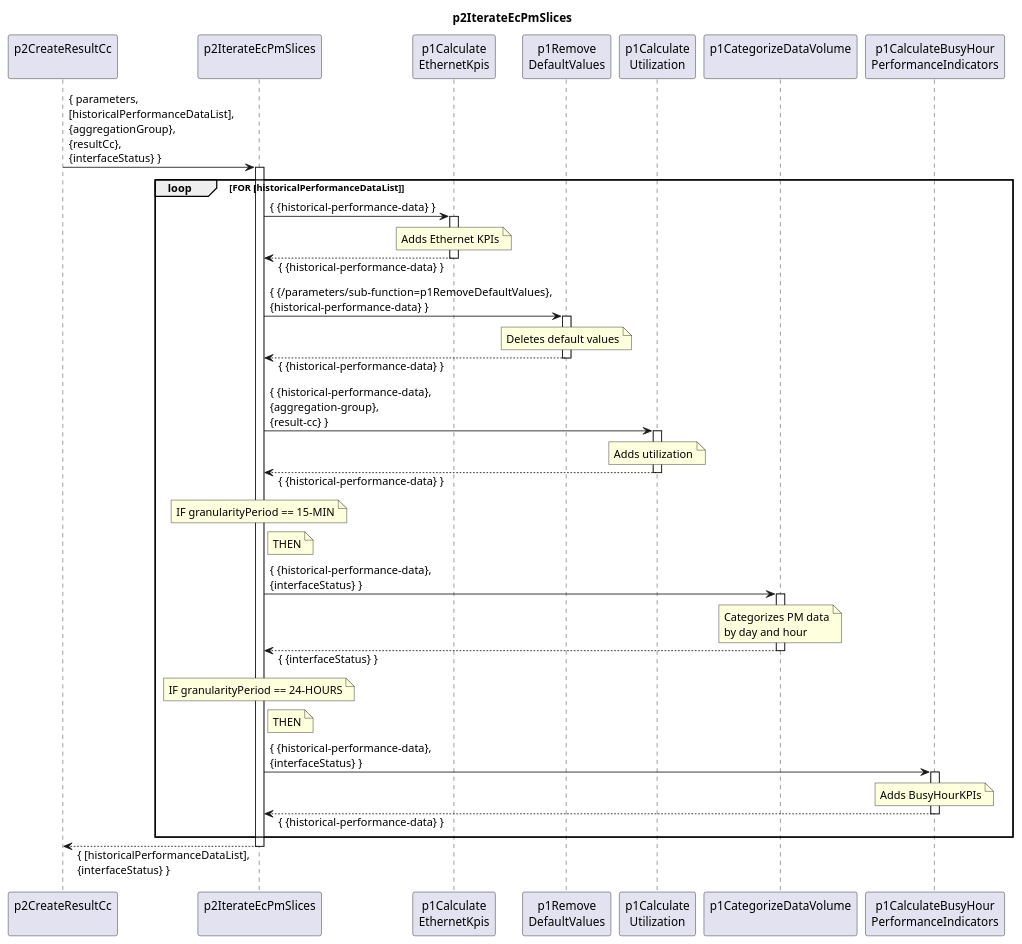
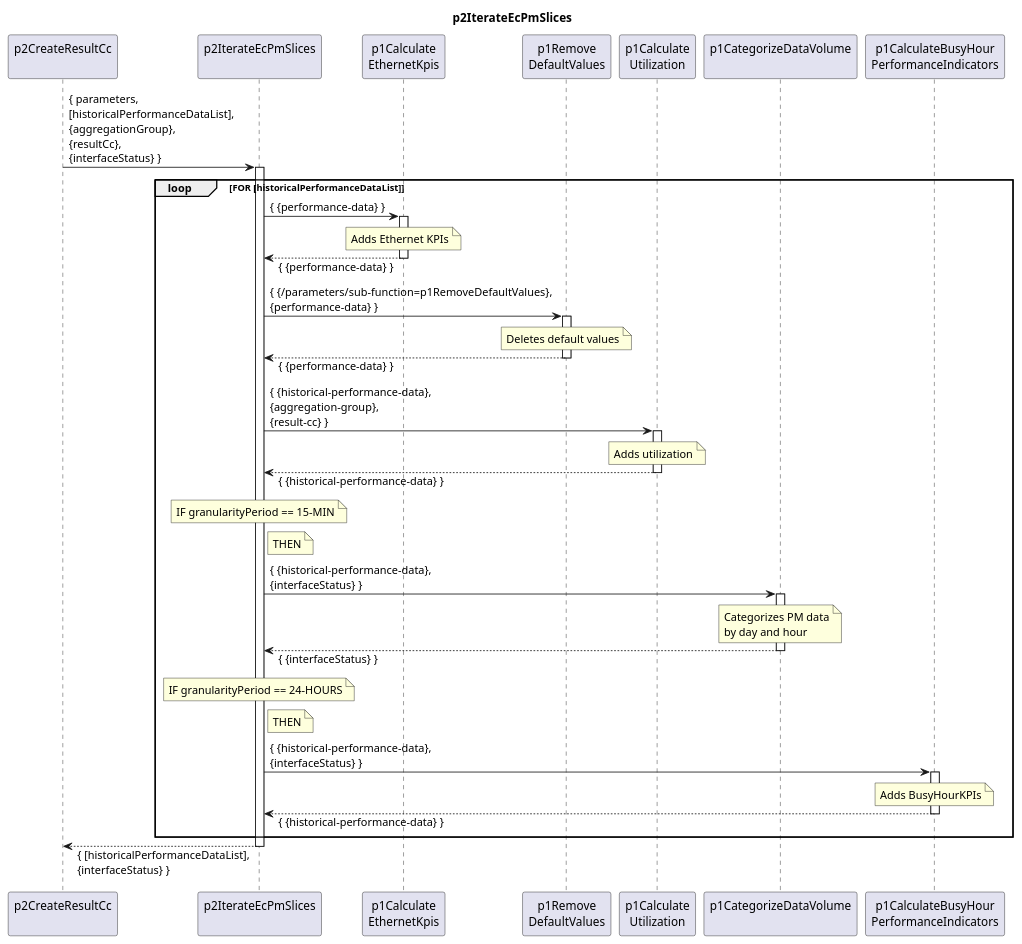
Before and after one commit to openBackhaul/DevicePerformanceManagementDataProcessor: the diagram in spec/Functions/p1StreamPmData/p2ProcessDevice/p2CreateResultCc/p2IterateEcPmSlices/1.0.0/p2IterateEcPmSlices.plantuml, drawn with PlantUML. The commit also changed 16 other files, not shown here.

```diff
--- a/spec/Functions/p1StreamPmData/p2ProcessDevice/p2CreateResultCc/p2IterateEcPmSlices/1.0.0/p2IterateEcPmSlices.plantuml
+++ b/spec/Functions/p1StreamPmData/p2ProcessDevice/p2CreateResultCc/p2IterateEcPmSlices/1.0.0/p2IterateEcPmSlices.plantuml
@@ -1,86 +1,86 @@
 @startuml p2IterateEcPmSlices
 skinparam responseMessageBelowArrow true
 
 title
   p2IterateEcPmSlices
 end title
 
 participant "p2CreateResultCc\n" as cur
 
 participant "p2IterateEcPmSlices\n" as iterateSlices
 participant "p1Calculate\nEthernetKpis" as intCC
 participant "p1Remove\nDefaultValues" as p1RemDefault
 participant "p1Calculate\nUtilization" as p1CalcUtil
 participant "p1CategorizeDataVolume\n" as p1CatDataVo
 participant "p1CalculateBusyHour\nPerformanceIndicators" as p1CalcBH
 
 cur -> iterateSlices : { parameters,\n[historicalPerformanceDataList],\n{aggregationGroup},\n{resultCc},\n{interfaceStatus} }
 activate iterateSlices
 
   loop FOR [historicalPerformanceDataList]
 
-    iterateSlices -> intCC : { {historical-performance-data} }
+    iterateSlices -> intCC : { {performance-data} }
     activate intCC
       note over intCC
         Adds Ethernet KPIs
       end note
-    iterateSlices <-- intCC: { {historical-performance-data} }
+    iterateSlices <-- intCC: { {performance-data} }
     deactivate intCC
 
-    iterateSlices -> p1RemDefault : { {/parameters/sub-function=p1RemoveDefaultValues},\n{historical-performance-data} }
+    iterateSlices -> p1RemDefault : { {/parameters/sub-function=p1RemoveDefaultValues},\n{performance-data} }
     activate p1RemDefault
       note over p1RemDefault
         Deletes default values
       end note
-    iterateSlices <-- p1RemDefault: { {historical-performance-data} }
+    iterateSlices <-- p1RemDefault: { {performance-data} }
     deactivate p1RemDefault
 
     iterateSlices -> p1CalcUtil : { {historical-performance-data},\n{aggregation-group},\n{result-cc} }
     activate p1CalcUtil
       note over p1CalcUtil
         Adds utilization
       end note
     iterateSlices <-- p1CalcUtil: { {historical-performance-data} }
     deactivate p1CalcUtil
 
     note over iterateSlices
       IF granularityPeriod == 15-MIN
     end note
 
     note right iterateSlices
       THEN
     end note
 
     iterateSlices -> p1CatDataVo : { {historical-performance-data},\n{interfaceStatus} }
     activate p1CatDataVo
       note over p1CatDataVo
         Categorizes PM data
         by day and hour
       end note
     iterateSlices <-- p1CatDataVo: { {interfaceStatus} }
     deactivate p1CatDataVo
 
     note over iterateSlices
       IF granularityPeriod == 24-HOURS
     end note
 
     note right iterateSlices
       THEN
     end note
 
     iterateSlices -> p1CalcBH : { {historical-performance-data},\n{interfaceStatus} }
     activate p1CalcBH
       note over p1CalcBH
         Adds BusyHourKPIs
       end note
     iterateSlices <-- p1CalcBH: { {historical-performance-data} }
     deactivate p1CalcBH
 
   end loop
 
 cur <-- iterateSlices : { [historicalPerformanceDataList],\n{interfaceStatus} }
 deactivate iterateSlices
 
 deactivate cur
 
 @enduml
```
